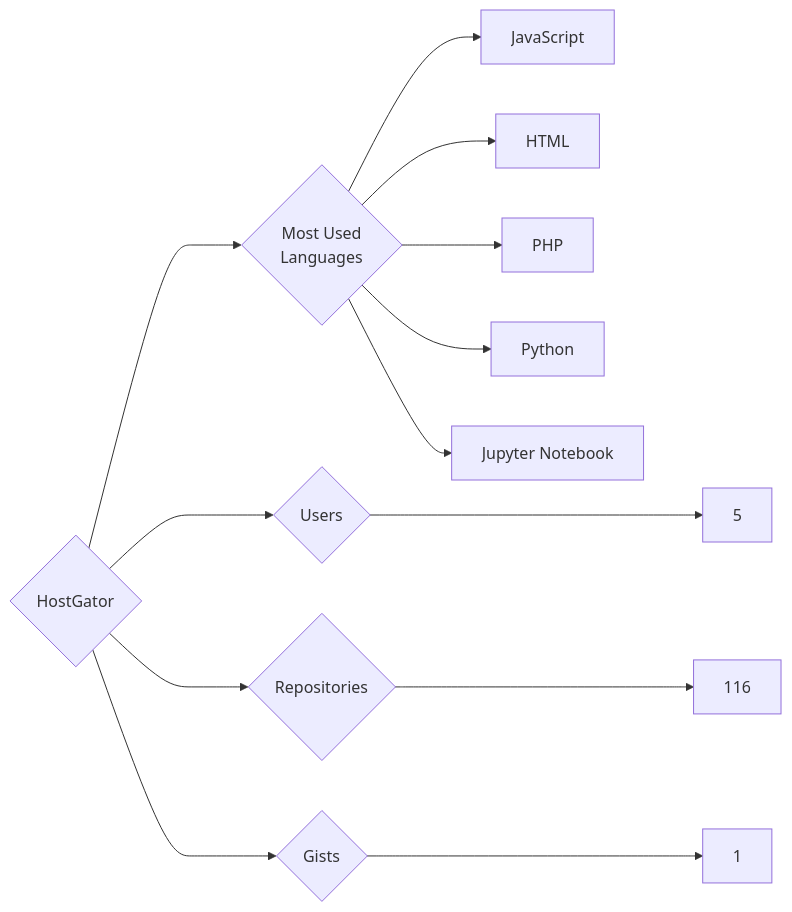
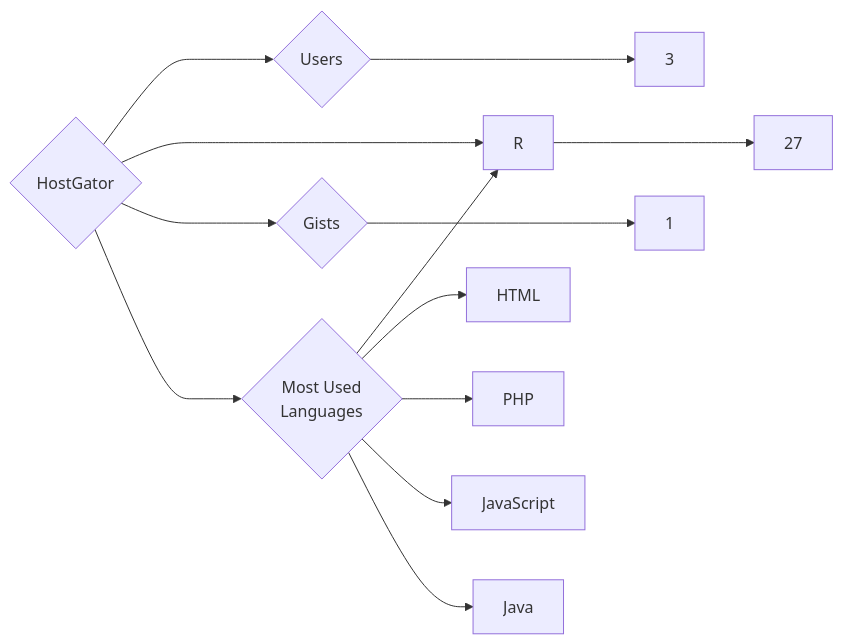
Before and after one commit to trickest/insiders: the diagram in targets/HostGator/README.md, drawn with Mermaid. The commit also changed 783 other files, not shown here.

````diff
--- a/targets/HostGator/README.md
+++ b/targets/HostGator/README.md
@@ -3,13 +3,13 @@
 ```mermaid
 graph LR
 COMPANY_NAME{HostGator}
-COMPANY_NAME ---> U{Users} ---> UN[5]
-COMPANY_NAME ---> R{Repositories} ---> RN[116]
+COMPANY_NAME ---> U{Users} ---> UN[3]
+COMPANY_NAME ---> R{Repositories} ---> RN[27]
 COMPANY_NAME ---> G{Gists} ---> GN[1]
 COMPANY_NAME ---> ML{Most Used<br>Languages}
-ML --> JavaScript[JavaScript]
+ML --> R[R]
 ML --> HTML[HTML]
 ML --> PHP[PHP]
-ML --> Python[Python]
-ML --> Jupyter_Notebook[Jupyter Notebook]
+ML --> JavaScript[JavaScript]
+ML --> Java[Java]
 ```
````
